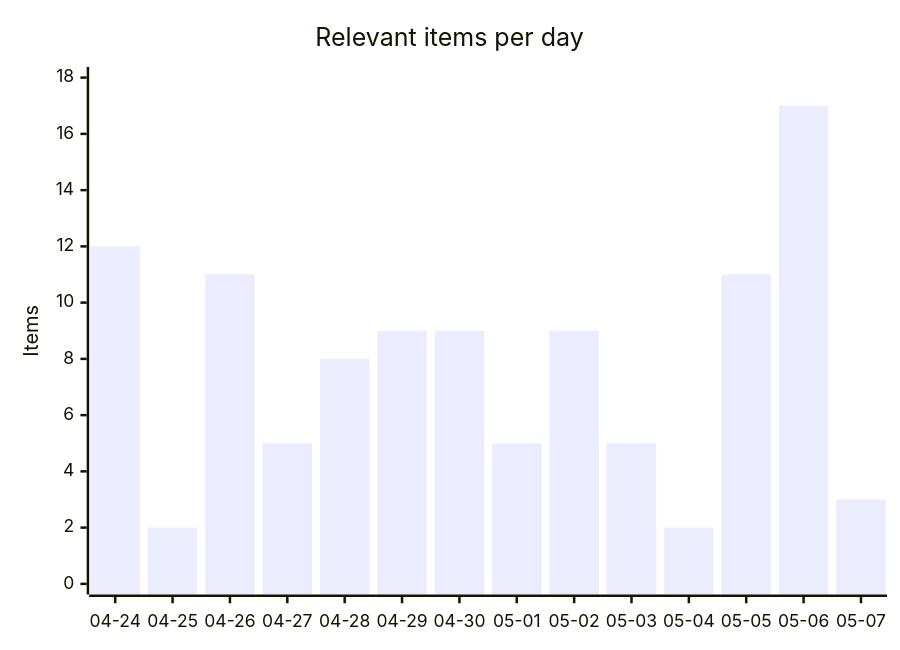
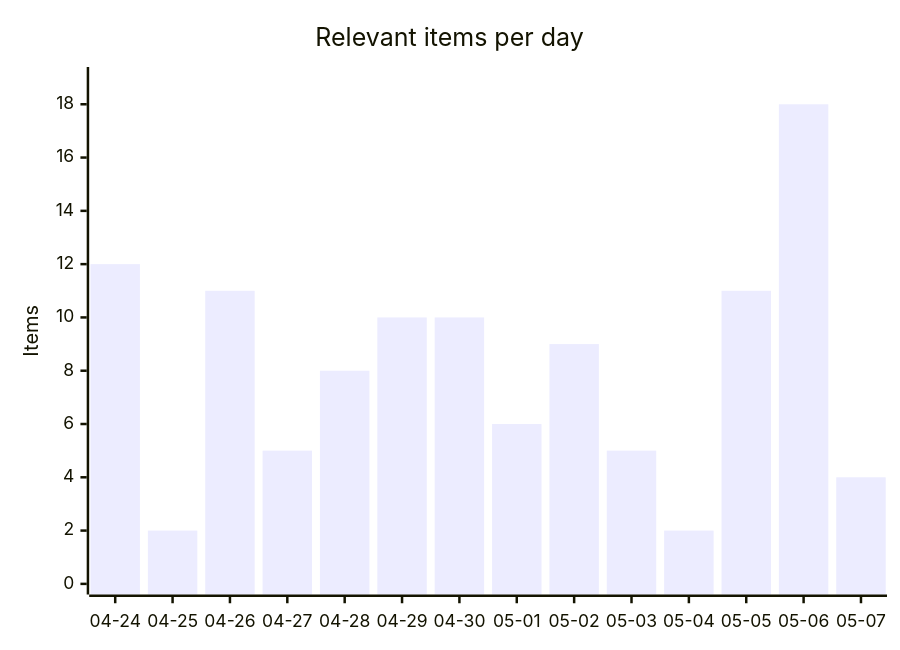
The first of 3 diagrams in README.md (martinbalfanz/social-scanner-reports), drawn with Mermaid before and after one commit. The commit also changed other lines of this file and 2 other files, not shown here.

````diff
--- a/README.md
+++ b/README.md
@@ -30,7 +30,7 @@
 ```mermaid
 xychart-beta
     title "Relevant items per day"
     x-axis ["04-24", "04-25", "04-26", "04-27", "04-28", "04-29", "04-30", "05-01", "05-02", "05-03", "05-04", "05-05", "05-06", "05-07"]
-    y-axis "Items" 0 --> 18
-    bar [12, 2, 11, 5, 8, 9, 9, 5, 9, 5, 2, 11, 17, 3]
+    y-axis "Items" 0 --> 19
+    bar [12, 2, 11, 5, 8, 10, 10, 6, 9, 5, 2, 11, 18, 4]
 ```
````
